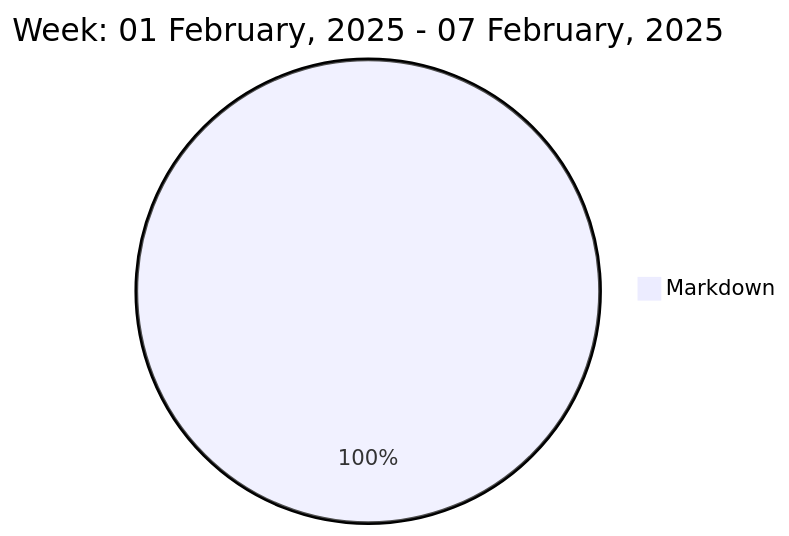
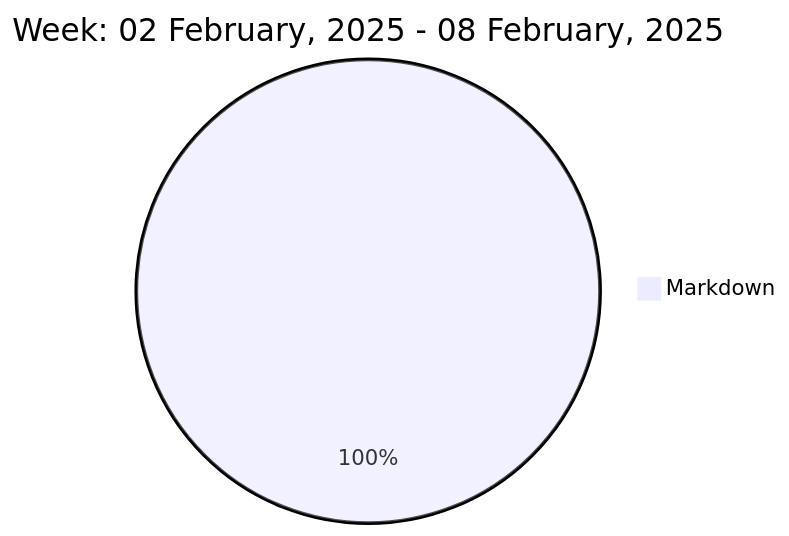
The diagram in README.md (liubin95/liubin95), drawn with Mermaid before and after one commit.

Commit message:
Updated the Graph with new Metrics

````diff
--- a/README.md
+++ b/README.md
@@ -37,5 +37,5 @@
 ```mermaid
  pie
-title Week: 01 February, 2025 - 07 February, 2025
- "Markdown" : 2.0
+title Week: 02 February, 2025 - 08 February, 2025
+ "Markdown" : 3.02
 ```
````
